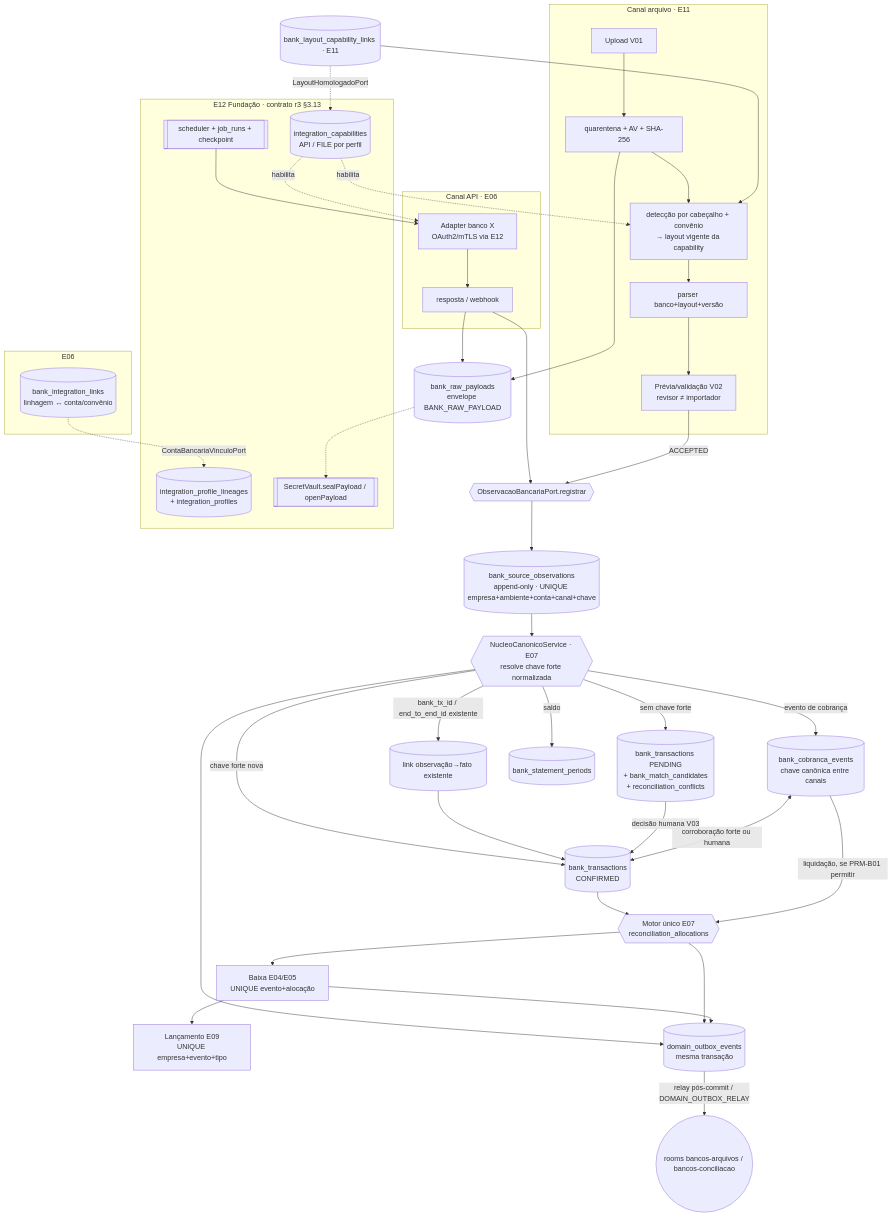
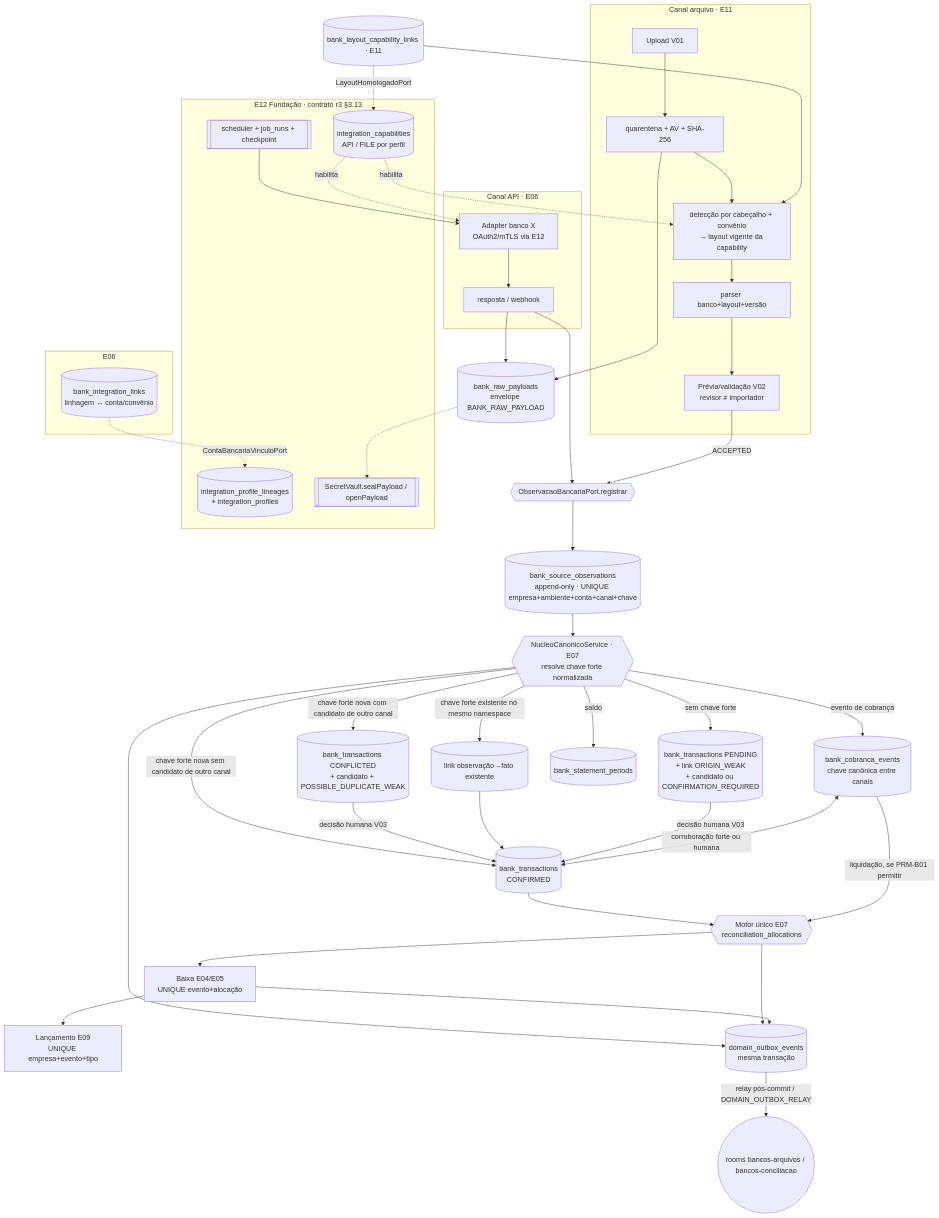
The first of 2 diagrams in docs/superpowers/plans/2026-10-12-e11-t00-cross-bancario-apis-arquivos-razao.md (sammuka/alpha-carnes), drawn with Mermaid before and after one commit. The commit also changed other lines of this file, not shown here.

````diff
--- a/docs/superpowers/plans/2026-10-12-e11-t00-cross-bancario-apis-arquivos-razao.md
+++ b/docs/superpowers/plans/2026-10-12-e11-t00-cross-bancario-apis-arquivos-razao.md
@@ -113,48 +129,50 @@
 ```mermaid
 flowchart TB
   subgraph E12[E12 Fundação · contrato r3 §3.13]
     LIN[(integration_profile_lineages\n+ integration_profiles)]
     CAP[(integration_capabilities\nAPI / FILE por perfil)]
     JOB[[scheduler + job_runs + checkpoint]]
     VAULT[[SecretVault.sealPayload / openPayload]]
   end
   subgraph E06L[E06]
     BIL[(bank_integration_links\nlinhagem ↔ conta/convênio)]
   end
   subgraph CANAL_API[Canal API · E06]
     AD[Adapter banco X\nOAuth2/mTLS via E12] --> RESP[resposta / webhook]
   end
   subgraph CANAL_ARQ[Canal arquivo · E11]
     UP[Upload V01] --> QUAR[quarentena + AV + SHA-256]
     QUAR --> DET[detecção por cabeçalho + convênio\n→ layout vigente da capability]
     DET --> PARSE[parser banco+layout+versão]
     PARSE --> REV[Prévia/validação V02\nrevisor ≠ importador]
   end
   BIL -. ContaBancariaVinculoPort .-> LIN
   BLCL[(bank_layout_capability_links · E11)] -. LayoutHomologadoPort .-> CAP
   JOB --> AD
   CAP -. habilita .-> AD
   CAP -. habilita .-> DET
   BLCL --> DET
   RESP --> RAW[(bank_raw_payloads\nenvelope BANK_RAW_PAYLOAD)]
   QUAR --> RAW
   RAW -.-> VAULT
   RESP --> PORT{{ObservacaoBancariaPort.registrar}}
   REV -- ACCEPTED --> PORT
   PORT --> OBS[(bank_source_observations\nappend-only · UNIQUE empresa+ambiente+conta+canal+chave)]
   OBS --> NUC{{NucleoCanonicoService · E07\nresolve chave forte normalizada}}
-  NUC -- bank_tx_id / end_to_end_id existente --> LINK[(link observação→fato existente)]
-  NUC -- chave forte nova --> TX[(bank_transactions\nCONFIRMED)]
-  NUC -- sem chave forte --> PEND[(bank_transactions PENDING\n+ bank_match_candidates\n+ reconciliation_conflicts)]
+  NUC -- chave forte existente no mesmo namespace --> LINK[(link observação→fato existente)]
+  NUC -- chave forte nova sem candidato de outro canal --> TX[(bank_transactions\nCONFIRMED)]
+  NUC -- chave forte nova com candidato de outro canal --> CONFL[(bank_transactions CONFLICTED\n+ candidato + POSSIBLE_DUPLICATE_WEAK)]
+  NUC -- sem chave forte --> PEND[(bank_transactions PENDING\n+ link ORIGIN_WEAK\n+ candidato ou CONFIRMATION_REQUIRED)]
+  CONFL -- decisão humana V03 --> TX
   NUC -- evento de cobrança --> COB[(bank_cobranca_events\nchave canônica entre canais)]
   NUC -- saldo --> PER[(bank_statement_periods)]
   LINK --> TX
   PEND -- decisão humana V03 --> TX
   COB <-- corroboração forte ou humana --> TX
   TX --> MOT{{Motor único E07\nreconciliation_allocations}}
   COB -- liquidação, se PRM-B01 permitir --> MOT
   MOT --> BX[Baixa E04/E05\nUNIQUE evento+alocação]
   BX --> LED[Lançamento E09\nUNIQUE empresa+evento+tipo]
   NUC & MOT & BX --> OUT[(domain_outbox_events\nmesma transação)]
   OUT -- relay pós-commit / DOMAIN_OUTBOX_RELAY --> WS((rooms bancos-arquivos / bancos-conciliacao))
 ```
````
